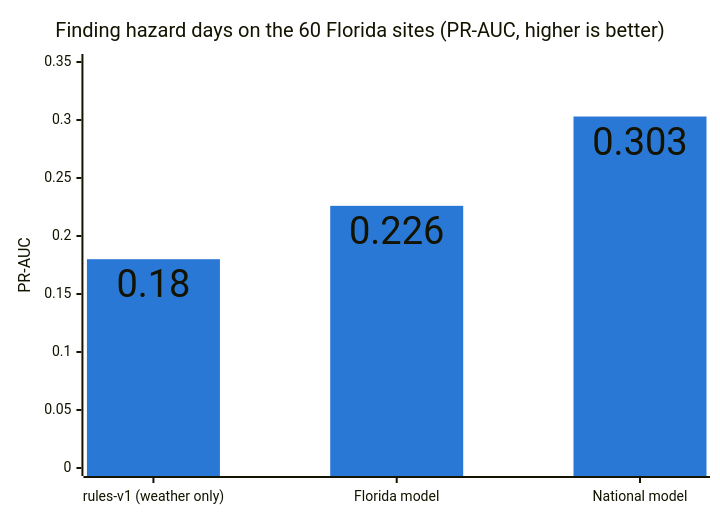
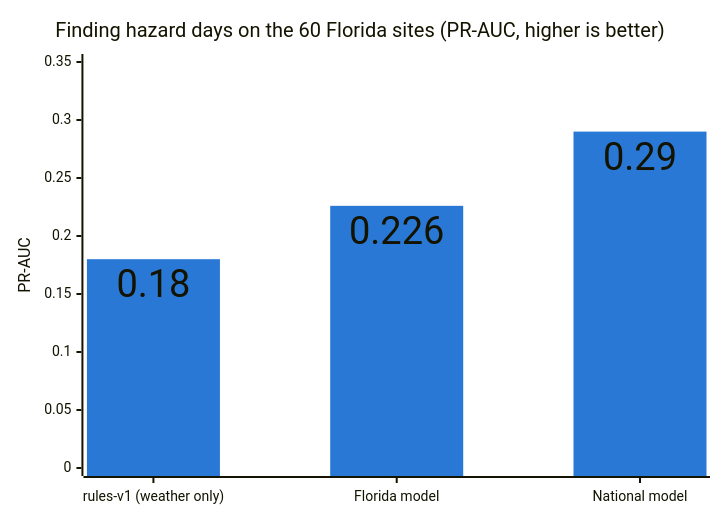
One commit to EvanLowther/CrewCare changed the second of 3 diagrams in README.md. Above: the diagram before and after it, drawn with Mermaid. The commit also changed other lines of this file and 3 other files, not shown here.

````diff
--- a/README.md
+++ b/README.md
@@ -138,15 +153,15 @@
 ```mermaid
 ---
 config:
   xyChart:
     showDataLabel: true
   themeVariables:
     xyChart:
       plotColorPalette: "#2a78d6"
 ---
 xychart-beta
     title "Finding hazard days on the 60 Florida sites (PR-AUC, higher is better)"
     x-axis ["rules-v1 (weather only)", "Florida model", "National model"]
     y-axis "PR-AUC" 0 --> 0.35
-    bar [0.180, 0.226, 0.303]
+    bar [0.180, 0.226, 0.290]
 ```
````
